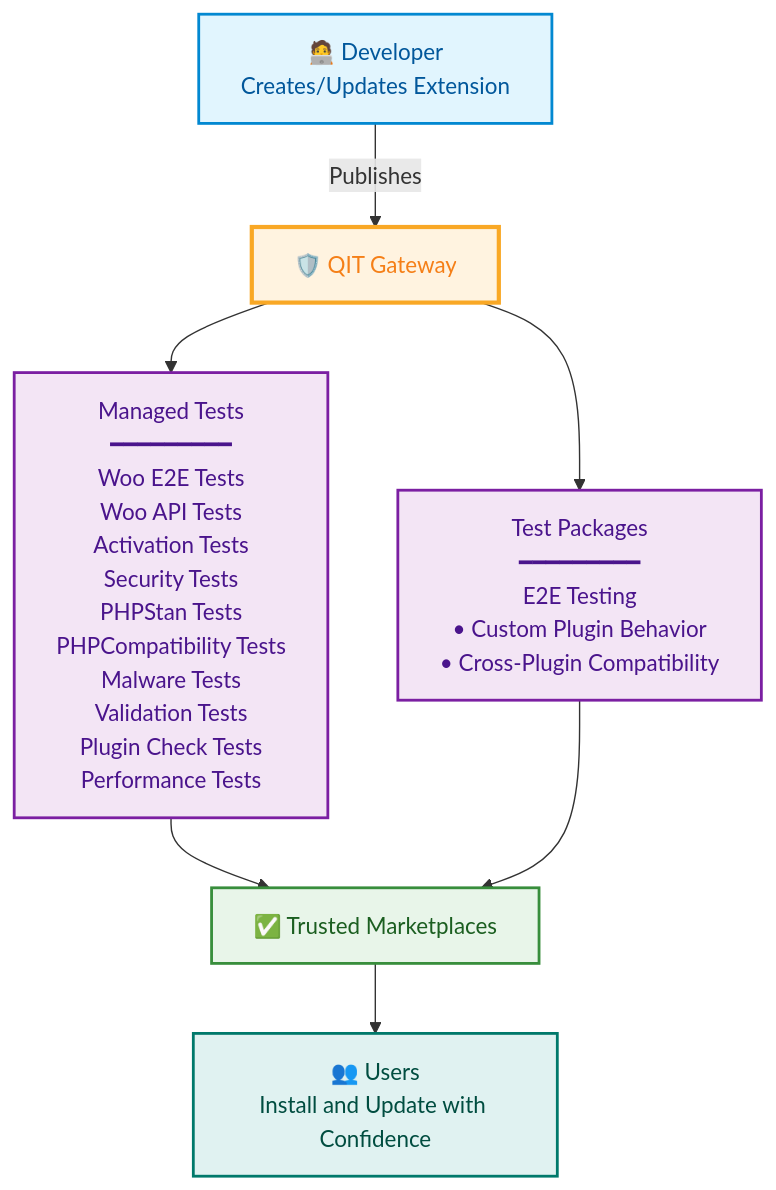
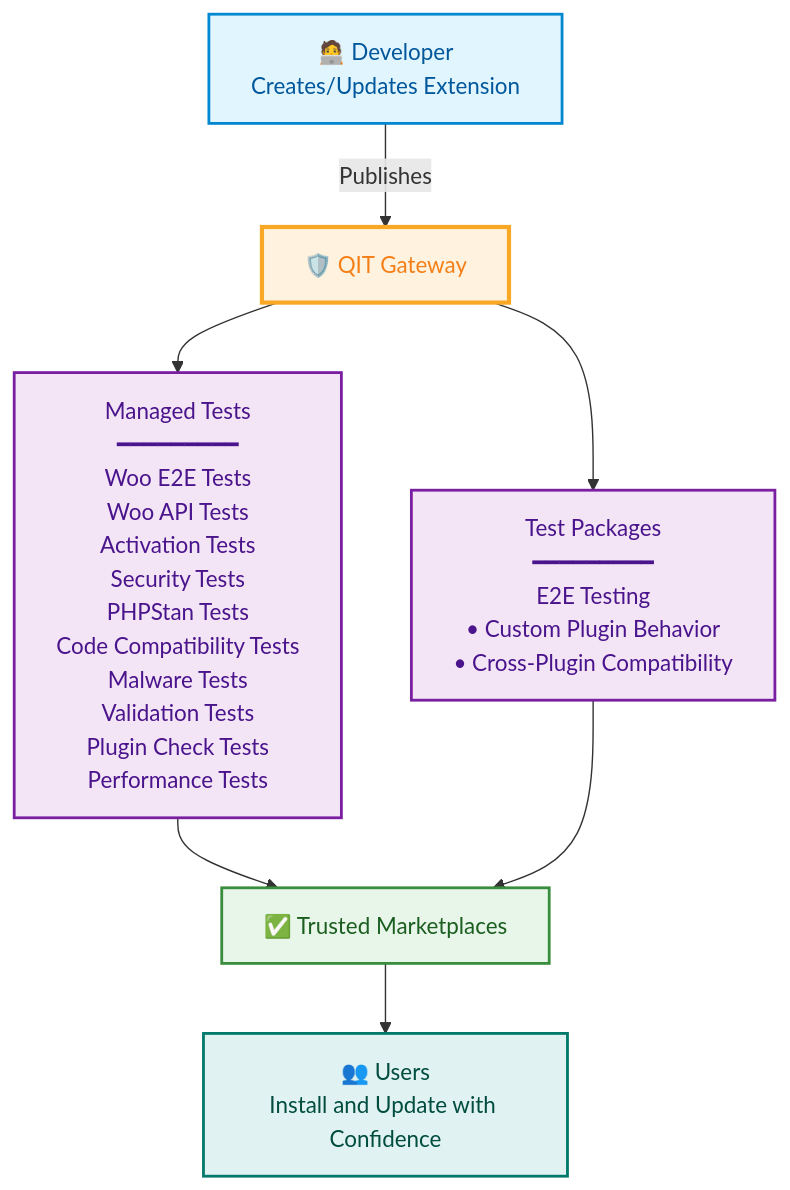
One commit to woocommerce/qit-documentation changed the diagram in docs/intro.md. Above: the diagram before and after it, drawn with Mermaid. The commit also changed 3 other files, not shown here.

````diff
--- a/docs/intro.md
+++ b/docs/intro.md
@@ -28,22 +28,22 @@
 ```mermaid
 graph TD
     Dev[🧑‍💻 Developer<br/>Creates/Updates Extension] 
     Dev -->|Publishes| Gate[🛡️ QIT Gateway]
-    Gate --> MT[Managed Tests<br/>━━━━━━━━━<br/>Woo E2E Tests<br/>Woo API Tests<br/>Activation Tests<br/>Security Tests<br/>PHPStan Tests<br/>PHPCompatibility Tests<br/>Malware Tests<br/>Validation Tests<br/>Plugin Check Tests<br/>Performance Tests]
+    Gate --> MT[Managed Tests<br/>━━━━━━━━━<br/>Woo E2E Tests<br/>Woo API Tests<br/>Activation Tests<br/>Security Tests<br/>PHPStan Tests<br/>Code Compatibility Tests<br/>Malware Tests<br/>Validation Tests<br/>Plugin Check Tests<br/>Performance Tests]
     Gate --> TP[Test Packages<br/>━━━━━━━━━<br/>E2E Testing<br/>• Custom Plugin Behavior<br/>• Cross-Plugin Compatibility]
     MT --> Market[✅ Trusted Marketplaces]
     TP --> Market
     Market --> Users[👥 Users<br/>Install and Update with Confidence]
     
     classDef developer fill:#e1f5fe,stroke:#0288d1,stroke-width:2px,color:#01579b
     classDef gateway fill:#fff3e0,stroke:#f9a825,stroke-width:3px,color:#f57f17
     classDef tests fill:#f3e5f5,stroke:#7b1fa2,stroke-width:2px,color:#4a148c
     classDef market fill:#e8f5e9,stroke:#388e3c,stroke-width:2px,color:#1b5e20
     classDef users fill:#e0f2f1,stroke:#00796b,stroke-width:2px,color:#004d40
     
     class Dev developer
     class Gate gateway
     class MT,TP tests
     class Market market
     class Users users
 ```
````
